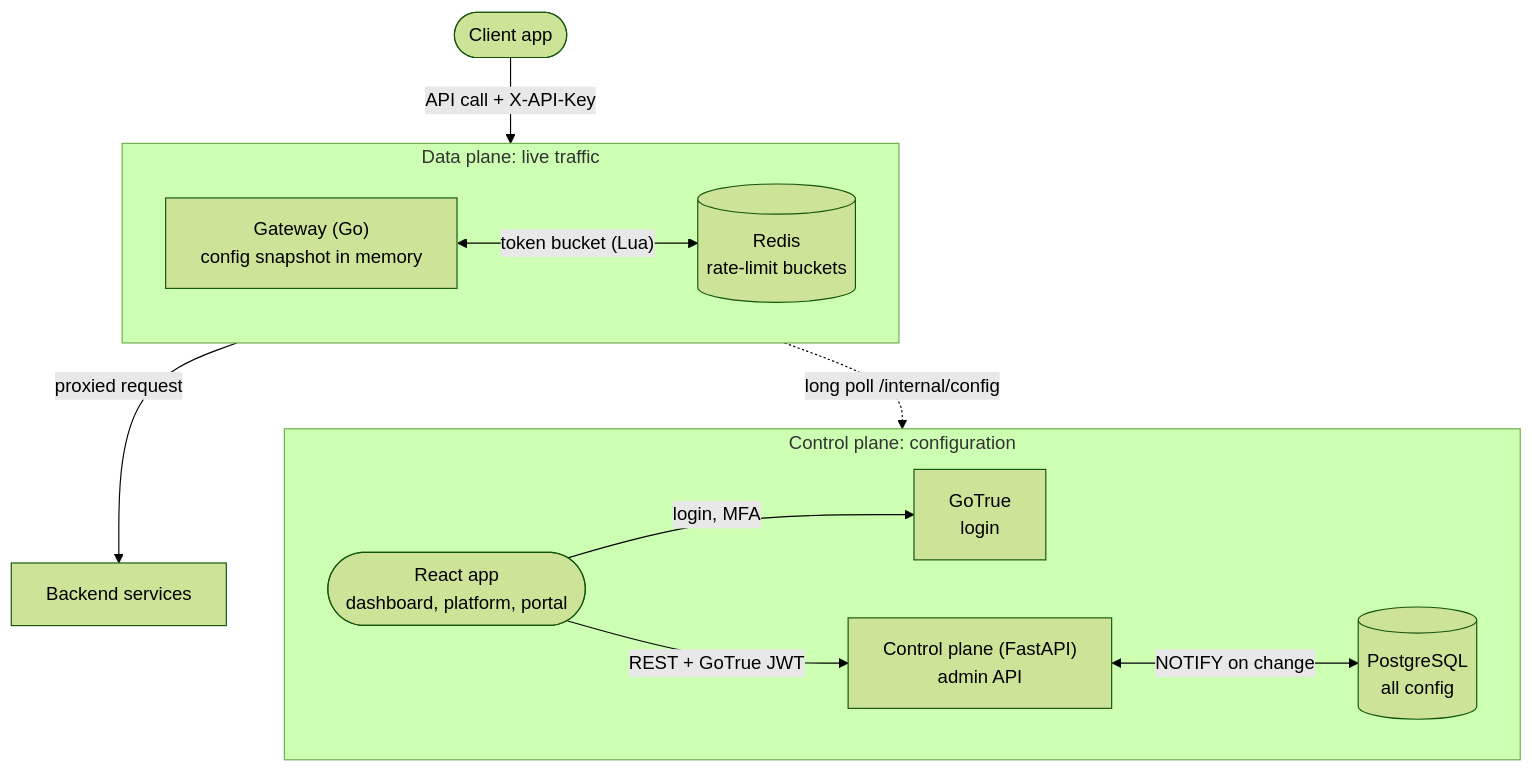
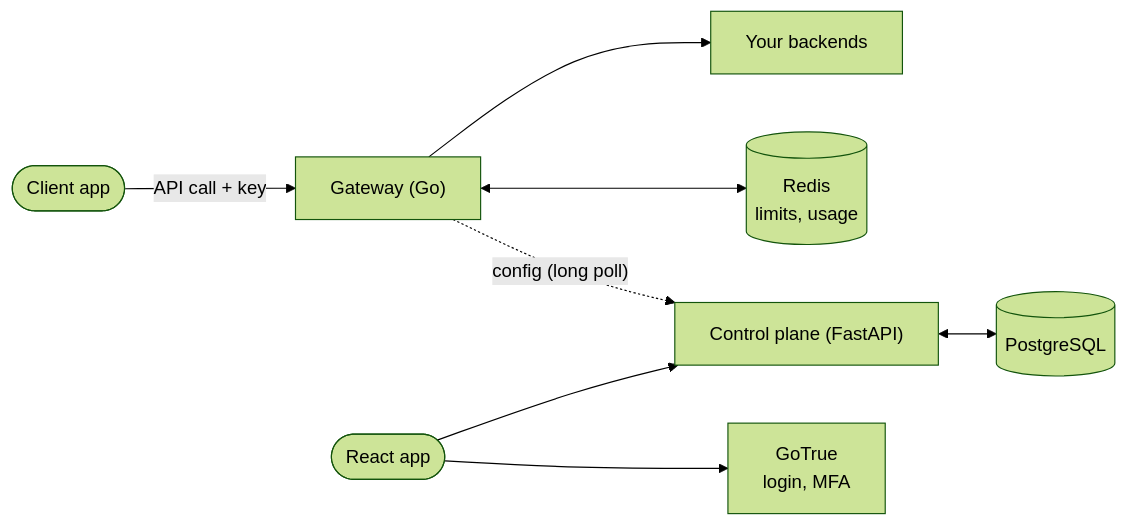
Before and after one commit to Ali-Odeh/API-Management-Platform: the diagram in README.md, drawn with Mermaid (forest theme). The commit also changed other lines of this file, not shown here.

Commit message:
README: shorter; details live in the user and developer guides

````diff
--- a/README.md
+++ b/README.md
@@ -29,21 +25,8 @@
 ```mermaid
-flowchart TB
-    app([Client app])
-
-    subgraph data["Data plane: live traffic"]
-        direction LR
-        gw["Gateway (Go)<br/>config snapshot in memory"] <-- "token bucket (Lua)" --> redis[("Redis<br/>rate-limit buckets")]
-    end
-
-    backends["Backend services"]
-
-    subgraph control["Control plane: configuration"]
-        direction LR
-        admin(["React app<br/>dashboard, platform, portal"]) -- "login, MFA" --> auth["GoTrue<br/>login"]
-        admin -- "REST + GoTrue JWT" --> cp["Control plane (FastAPI)<br/>admin API"] <-- "NOTIFY on change" --> pg[("PostgreSQL<br/>all config")]
-    end
-
-    app -- "API call + X-API-Key" --> gw
-    gw -- "proxied request" --> backends
-    gw -. "long poll /internal/config" .-> cp
+flowchart LR
+    app([Client app]) -- "API call + key" --> gw["Gateway (Go)"] --> backends["Your backends"]
+    gw <--> redis[("Redis<br/>limits, usage")]
+    ui(["React app"]) --> cp["Control plane (FastAPI)"] <--> pg[("PostgreSQL")]
+    ui --> auth["GoTrue<br/>login, MFA"]
+    gw -. "config (long poll)" .-> cp
 ```
````
